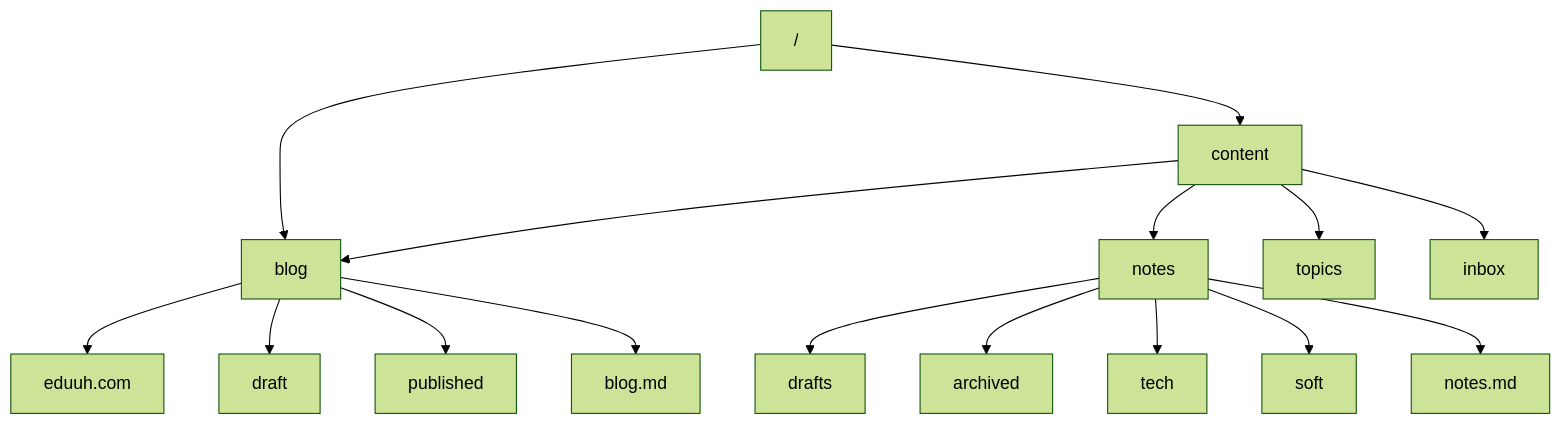
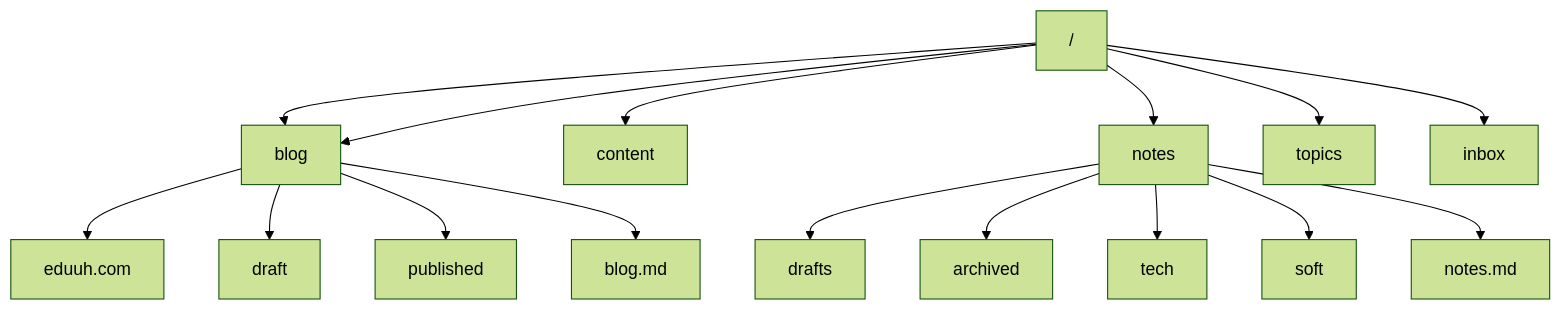
Before and after one commit to eduuh/byte_safari: the diagram in readme.md, drawn with Mermaid (forest theme). The commit also changed other lines of this file and 89 other files, not shown here.

````diff
--- a/readme.md
+++ b/readme.md
@@ -7,20 +8,20 @@
 ```mermaid
 
 graph TD
     Root["/"]
     Root --> blog --> eduuh.com
     Root --> content
-    content  --> notes
-    content --> blog
-    content --> topics
-    content --> inbox
+    Root --> notes
+    Root --> blog
+    Root --> topics
+    Root --> inbox
     blog --> draft
     blog --> published
     blog --> blog.md
     notes --> drafts
     notes --> archived
     notes --> tech
     notes --> soft
     notes --> notes.md
 
 ```
````
